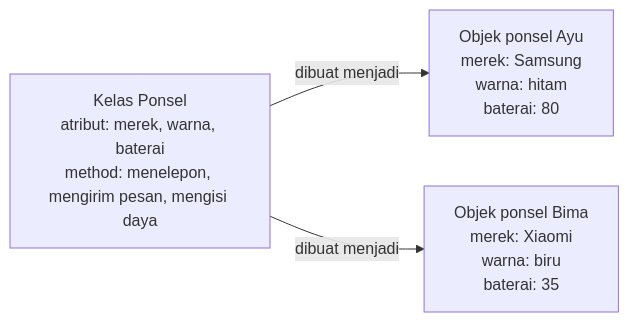
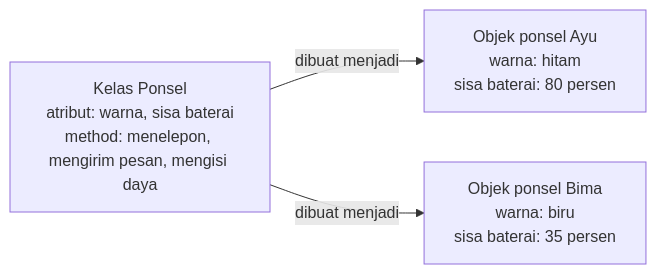
The second of 5 diagrams in Pertemuan-01-Pengenalan-PBO/README.md (antonprafanto/PBO2026), drawn with Mermaid before and after one commit. The commit also changed other lines of this file and 291 other files, not shown here.

````diff
--- a/Pertemuan-01-Pengenalan-PBO/README.md
+++ b/Pertemuan-01-Pengenalan-PBO/README.md
@@ -237,6 +241,6 @@
 ```mermaid
 flowchart LR
-    K["Kelas Ponsel<br/>atribut: merek, warna, baterai<br/>method: menelepon, mengirim pesan, mengisi daya"]
-    K -->|dibuat menjadi| A["Objek ponsel Ayu<br/>merek: Samsung<br/>warna: hitam<br/>baterai: 80"]
-    K -->|dibuat menjadi| B["Objek ponsel Bima<br/>merek: Xiaomi<br/>warna: biru<br/>baterai: 35"]
+    K["Kelas Ponsel<br/>atribut: warna, sisa baterai<br/>method: menelepon, mengirim pesan, mengisi daya"]
+    K -->|dibuat menjadi| A["Objek ponsel Ayu<br/>warna: hitam<br/>sisa baterai: 80 persen"]
+    K -->|dibuat menjadi| B["Objek ponsel Bima<br/>warna: biru<br/>sisa baterai: 35 persen"]
 ```
````
